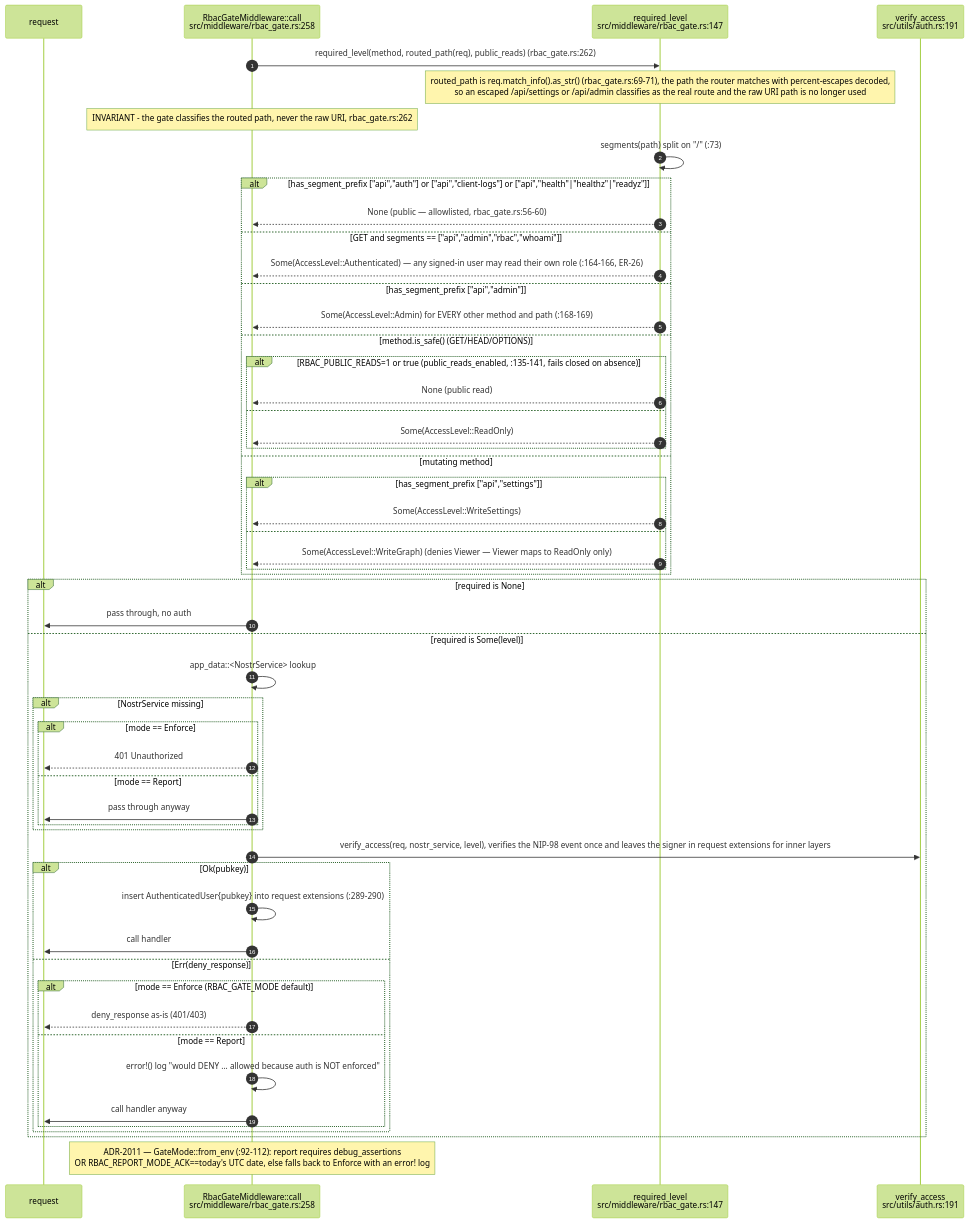
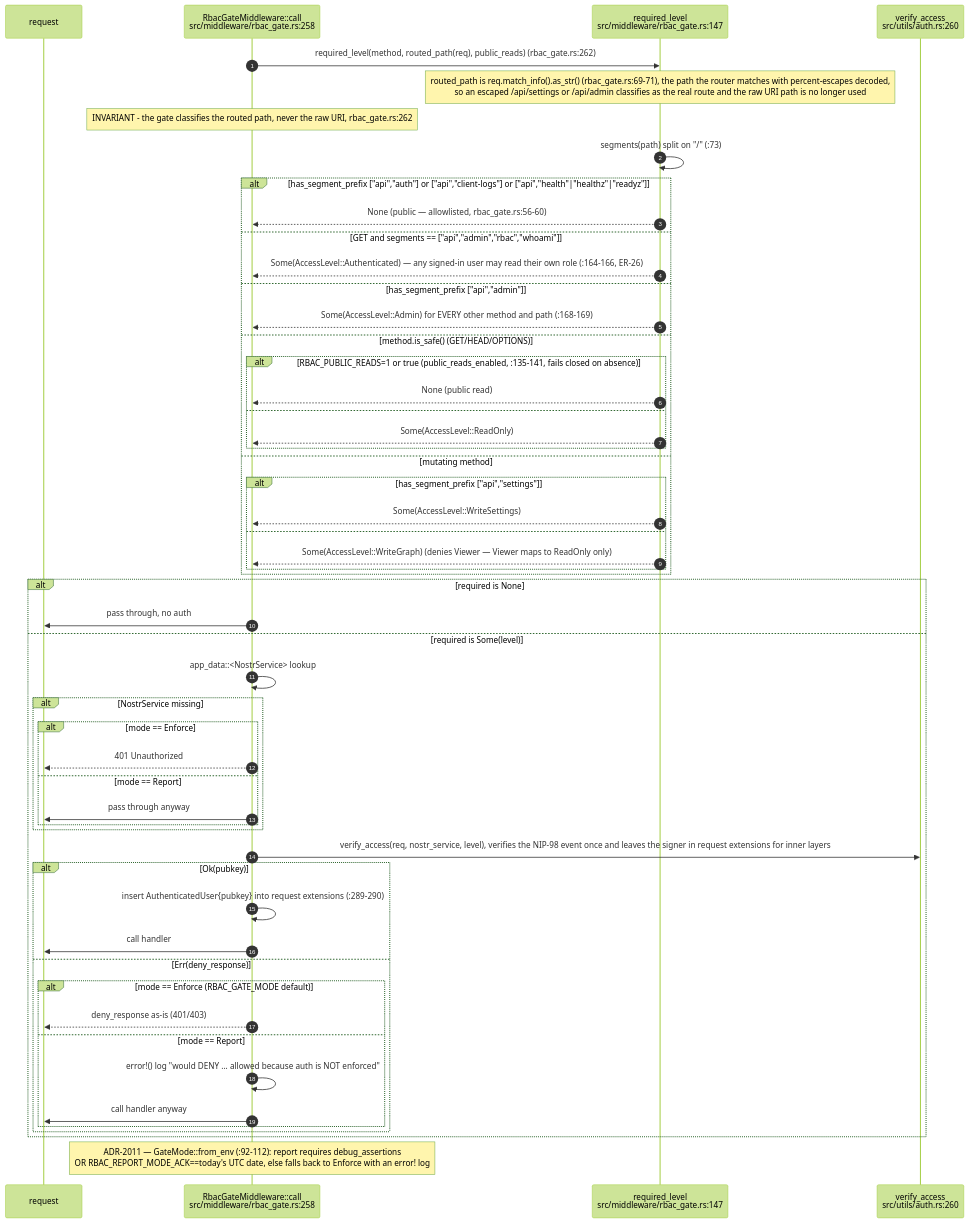
The sixth of 15 diagrams in docs/diagrams/visionclaw/03-request-lifecycle-and-rbac.md (DreamLab-AI/VisionFlow), drawn with Mermaid (forest theme) before and after one commit. The commit also changed other lines of this file and 7 other files, not shown here.

````diff
--- a/docs/diagrams/visionclaw/03-request-lifecycle-and-rbac.md
+++ b/docs/diagrams/visionclaw/03-request-lifecycle-and-rbac.md
@@ -344,57 +355,57 @@
 ```mermaid
 sequenceDiagram
     autonumber
     participant R as request
     participant RG as RbacGateMiddleware::call<br/>src/middleware/rbac_gate.rs:258
     participant RL as required_level<br/>src/middleware/rbac_gate.rs:147
-    participant VA as verify_access<br/>src/utils/auth.rs:191
+    participant VA as verify_access<br/>src/utils/auth.rs:260
 
     RG->>RL: required_level(method, routed_path(req), public_reads) (rbac_gate.rs:262)
     Note over RL: routed_path is req.match_info().as_str() (rbac_gate.rs:69-71), the path the router matches with percent-escapes decoded,<br/>so an escaped /api/settings or /api/admin classifies as the real route and the raw URI path is no longer used
     Note over RG: INVARIANT - the gate classifies the routed path, never the raw URI, rbac_gate.rs:262
     RL->>RL: segments(path) split on "/" (:73)
     alt has_segment_prefix ["api","auth"] or ["api","client-logs"] or ["api","health"|"healthz"|"readyz"]
         RL-->>RG: None (public — allowlisted, rbac_gate.rs:56-60)
     else GET and segments == ["api","admin","rbac","whoami"]
         RL-->>RG: Some(AccessLevel::Authenticated) — any signed-in user may read their own role (:164-166, ER-26)
     else has_segment_prefix ["api","admin"]
         RL-->>RG: Some(AccessLevel::Admin) for EVERY other method and path (:168-169)
     else method.is_safe() (GET/HEAD/OPTIONS)
         alt RBAC_PUBLIC_READS=1 or true (public_reads_enabled, :135-141, fails closed on absence)
             RL-->>RG: None (public read)
         else
             RL-->>RG: Some(AccessLevel::ReadOnly)
         end
     else mutating method
         alt has_segment_prefix ["api","settings"]
             RL-->>RG: Some(AccessLevel::WriteSettings)
         else
             RL-->>RG: Some(AccessLevel::WriteGraph) (denies Viewer — Viewer maps to ReadOnly only)
         end
     end
     alt required is None
         RG->>R: pass through, no auth
     else required is Some(level)
         RG->>RG: app_data::<NostrService> lookup
         alt NostrService missing
             alt mode == Enforce
                 RG-->>R: 401 Unauthorized
             else mode == Report
                 RG->>R: pass through anyway
             end
         end
         RG->>VA: verify_access(req, nostr_service, level), verifies the NIP-98 event once and leaves the signer in request extensions for inner layers
         alt Ok(pubkey)
             RG->>RG: insert AuthenticatedUser{pubkey} into request extensions (:289-290)
             RG->>R: call handler
         else Err(deny_response)
             alt mode == Enforce (RBAC_GATE_MODE default)
                 RG-->>R: deny_response as-is (401/403)
             else mode == Report
                 RG->>RG: error!() log "would DENY ... allowed because auth is NOT enforced"
                 RG->>R: call handler anyway
             end
         end
     end
     Note over RG: ADR-2011 — GateMode::from_env (:92-112): report requires debug_assertions<br/>OR RBAC_REPORT_MODE_ACK==today's UTC date, else falls back to Enforce with an error! log
 ```
````
